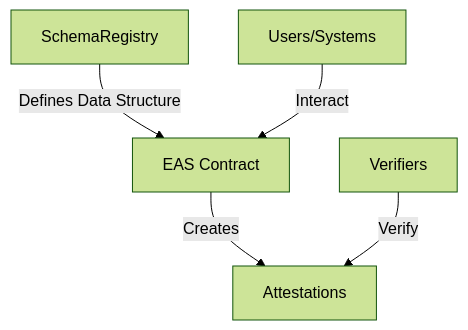
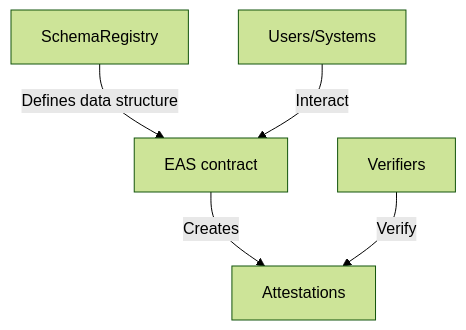
One commit to settlemint/docs changed the diagram in content/docs/building-with-settlemint/evm-chains-guide/attestation-indexer.mdx. Above: the diagram before and after it, drawn with Mermaid (forest theme). The commit also changed other lines of this file, not shown here.

Commit message:
eas guide fix

````diff
--- a/content/docs/building-with-settlemint/evm-chains-guide/attestation-indexer.mdx
+++ b/content/docs/building-with-settlemint/evm-chains-guide/attestation-indexer.mdx
@@ -95,13 +95,13 @@
 ```mermaid
 graph TD
     SchemaRegistry["SchemaRegistry"]
     UsersSystems["Users/Systems"]
-    EASContract["EAS Contract"]
+    EASContract["EAS contract"]
     Verifiers["Verifiers"]
     Attestations["Attestations"]
 
-    SchemaRegistry -- "Defines Data Structure" --> EASContract
+    SchemaRegistry -- "Defines data structure" --> EASContract
     UsersSystems -- "Interact" --> EASContract
     EASContract -- "Creates" --> Attestations
     Verifiers -- "Verify" --> Attestations
 ```
````
